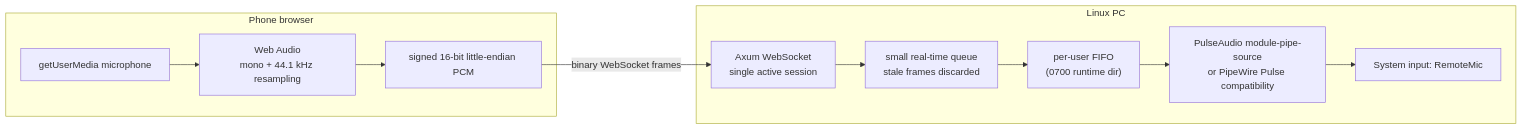
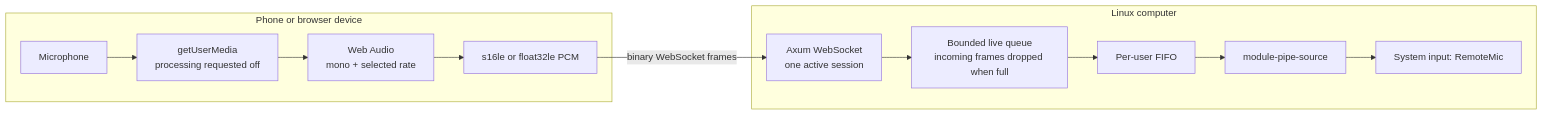
The diagram in README.md (goldpulpy/RemoteMic), drawn with Mermaid before and after one commit. The commit also changed other lines of this file and 4 other files, not shown here.

````diff
--- a/README.md
+++ b/README.md
@@ -13,20 +64,21 @@
 ```mermaid
 flowchart LR
-    subgraph Phone["Phone browser"]
-        Mic["getUserMedia microphone"]
-        WebAudio["Web Audio\nmono + 44.1 kHz resampling"]
-        PCM["signed 16-bit little-endian PCM"]
-        Mic --> WebAudio --> PCM
+    subgraph Device["Phone or browser device"]
+        Mic["Microphone"]
+        Capture["getUserMedia\nprocessing requested off"]
+        WebAudio["Web Audio\nmono + selected rate"]
+        PCM["s16le or float32le PCM"]
+        Mic --> Capture --> WebAudio --> PCM
     end
 
-    subgraph PC["Linux PC"]
-        Session["Axum WebSocket\nsingle active session"]
-        Queue["small real-time queue\nstale frames discarded"]
-        Pipe["per-user FIFO\n(0700 runtime dir)"]
-        Module["PulseAudio module-pipe-source\nor PipeWire Pulse compatibility"]
-        Source["System input: RemoteMic"]
-        Session --> Queue --> Pipe --> Module --> Source
+    subgraph Linux["Linux computer"]
+        WS["Axum WebSocket\none active session"]
+        Queue["Bounded live queue\nincoming frames dropped when full"]
+        FIFO["Per-user FIFO"]
+        Pulse["module-pipe-source"]
+        Input["System input: RemoteMic"]
+        WS --> Queue --> FIFO --> Pulse --> Input
     end
 
-    PCM -- "binary WebSocket frames" --> Session
+    PCM -- "binary WebSocket frames" --> WS
 ```
````
